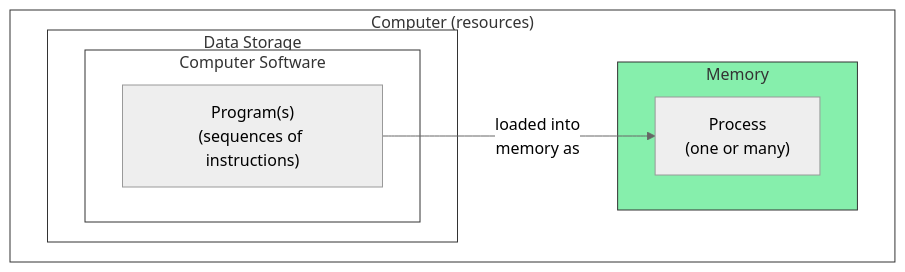
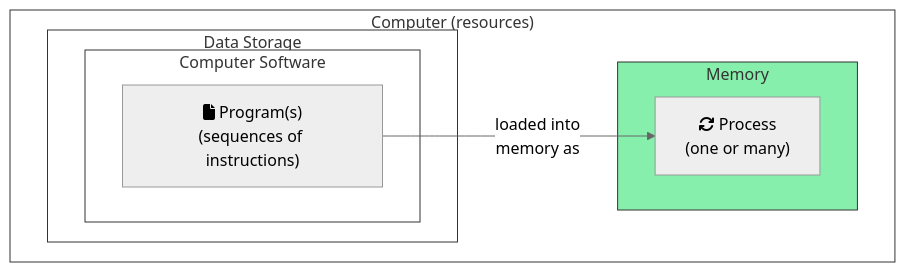
One commit to CU-DBMI/set-website changed the second of 11 diagrams in _posts/2024-01-22-Python-Memory-Management-and-Troubleshooting.md. Above: the diagram before and after it, drawn with Mermaid (neutral theme).

Commit message:
add icons for program and process

````diff
--- a/_posts/2024-01-22-Python-Memory-Management-and-Troubleshooting.md
+++ b/_posts/2024-01-22-Python-Memory-Management-and-Troubleshooting.md
@@ -66,22 +66,22 @@
 ```mermaid!
 flowchart LR
 
 subgraph computer ["Computer (resources)"]
   direction LR
   subgraph storage["Data Storage"]
     subgraph software["Computer Software"]
-        program["Program(s)\n(sequences of instructions)"]
+        program["fa:fa-file Program(s)\n(sequences of instructions)"]
     end
   end
   subgraph memory["Memory"]
-    process["Process\n(one or many)"]
+    process["fa:fa-refresh Process\n(one or many)"]
   end
 end
 
 program --> | loaded into\nmemory as | process
 
 style computer fill:#fff,stroke:#333
 style storage fill:#fff,stroke:#333
 style memory fill:#86EFAC,stroke:#333
 style software fill:#fff,stroke:#333
 ```
````
